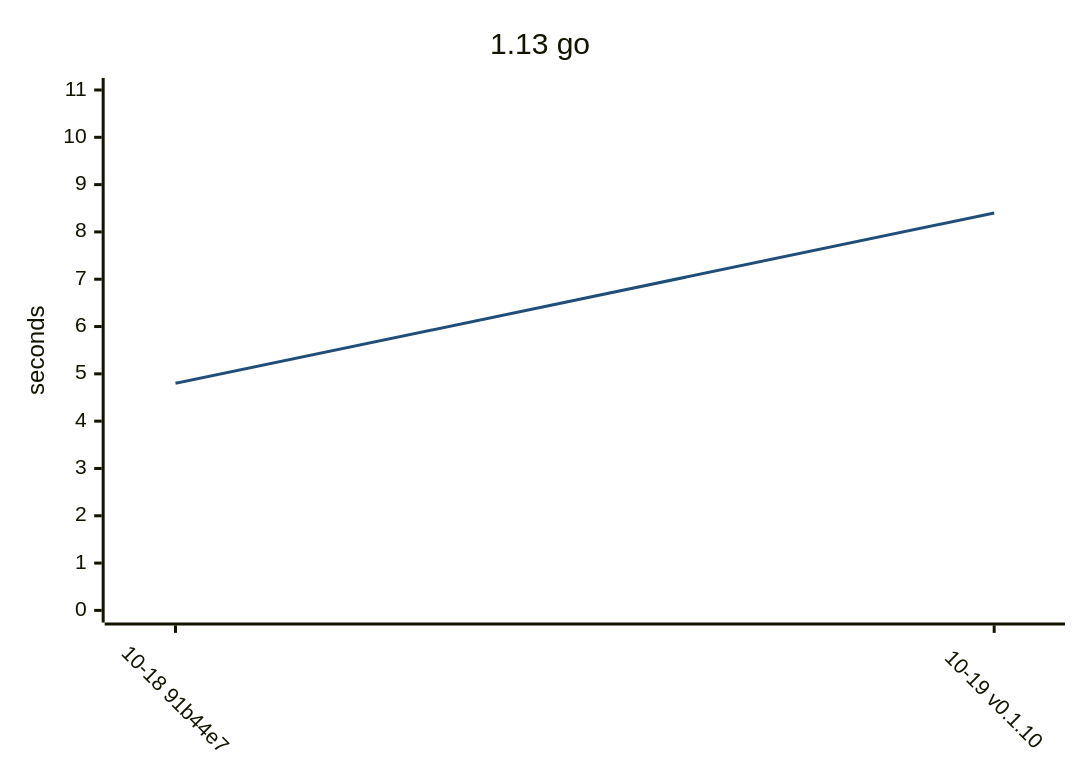
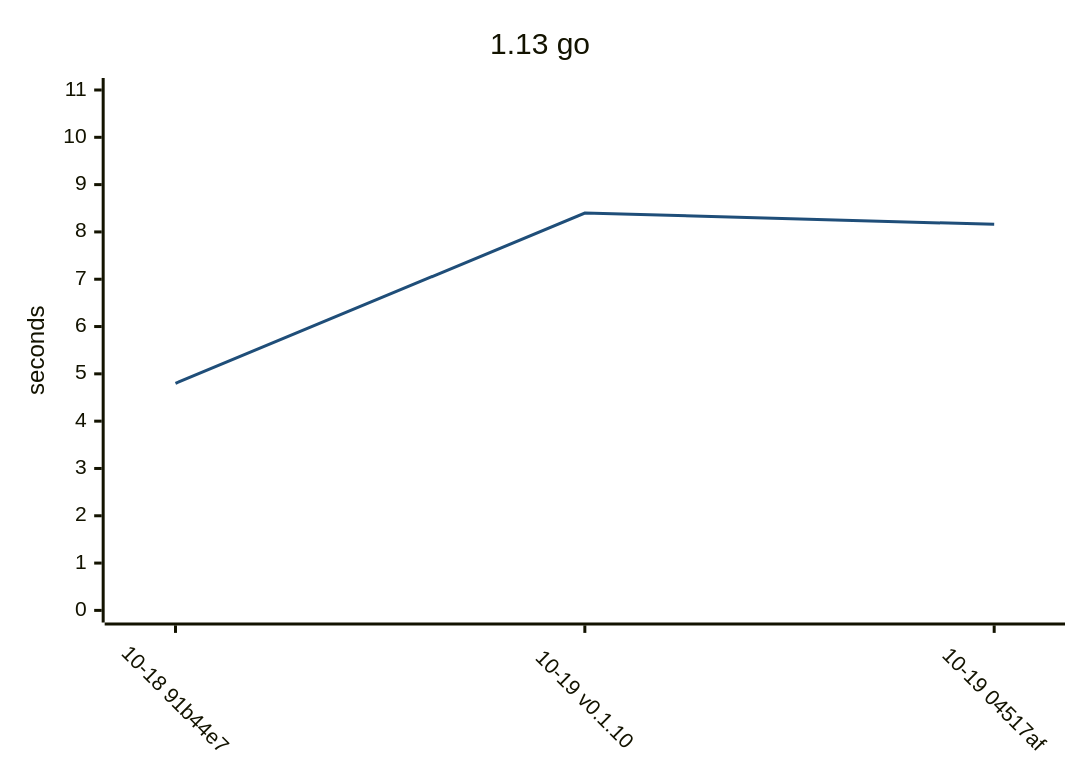
The second of 9 diagrams in README.md (yamanori99/DistSSHRun.jl), drawn with Mermaid before and after one commit. The commit also changed other lines of this file and 1 other file, not shown here.

````diff
--- a/README.md
+++ b/README.md
@@ -57,17 +54,17 @@
 ```mermaid
 ---
 config:
   theme: base
   themeVariables:
     xyChart:
       plotColorPalette: "#1f4e79"
   xyChart:
     xAxis:
       labelRotation: 45
 ---
 xychart-beta
     title "1.13 go"
-    x-axis ["10-18 91b44e7", "10-19 v0.1.10"]
+    x-axis ["10-18 91b44e7", "10-19 v0.1.10", "10-19 04517af"]
     y-axis "seconds" 0 --> 11
-    line [4.8, 8.4]
+    line [4.8, 8.4, 8.16]
 ```
````
